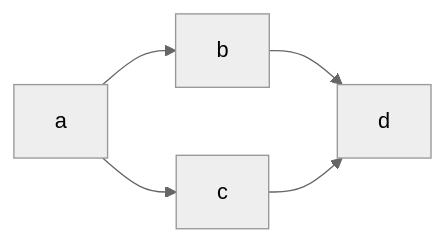
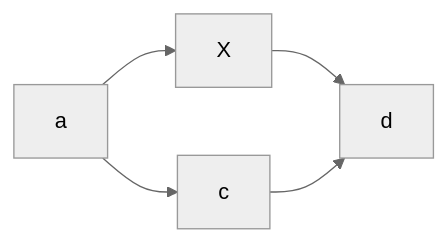
The diagram in diagrams/action-flow.md (ockertbotha/mermaid-diagramming), drawn with Mermaid (neutral theme) before and after one commit. The commit also changed 3 other files, not shown here.

````diff
--- a/diagrams/action-flow.md
+++ b/diagrams/action-flow.md
@@ -1,4 +1,4 @@
 ```mermaid
 flowchart LR;
-  a --> b & c --> d;  
+  a --> X & c --> d;  
 ```
````
